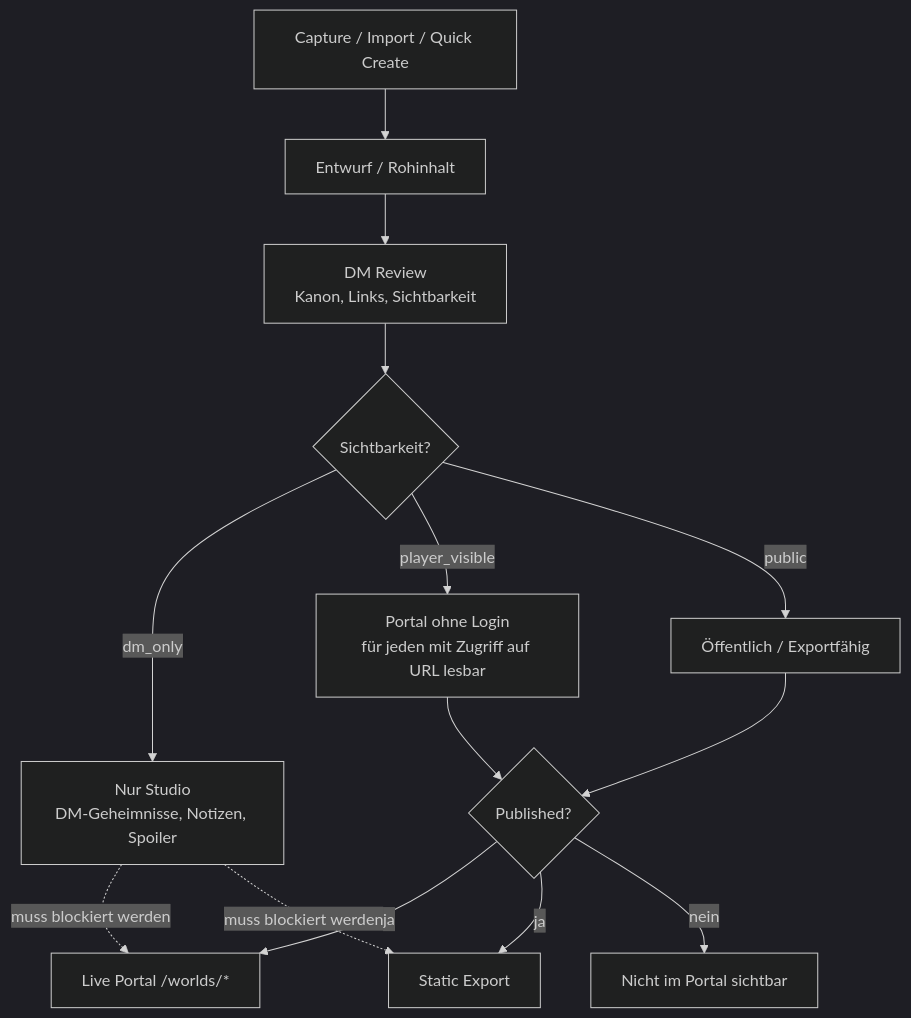
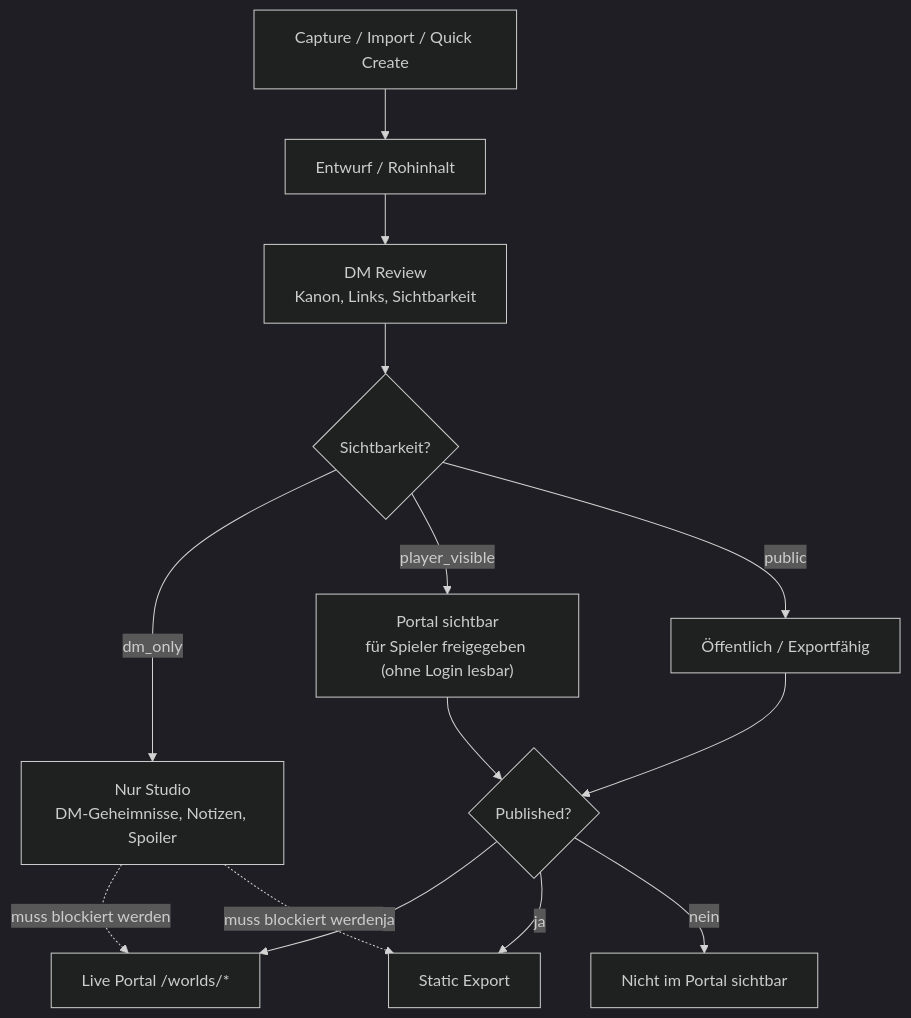
One commit to Nehmo101/UWE changed the third of 6 diagrams in docs/ARCHITECTURE.md. Above: the diagram before and after it, drawn with Mermaid (dark theme). The commit also changed 11 other files, not shown here.

````diff
--- a/docs/ARCHITECTURE.md
+++ b/docs/ARCHITECTURE.md
@@ -83,20 +83,20 @@
 ```mermaid
 flowchart TD
   Capture["Capture / Import / Quick Create"] --> Draft["Entwurf / Rohinhalt"]
   Draft --> Review["DM Review<br/>Kanon, Links, Sichtbarkeit"]
   Review --> Visibility{"Sichtbarkeit?"}
 
   Visibility -->|dm_only| DMOnly["Nur Studio<br/>DM-Geheimnisse, Notizen, Spoiler"]
-  Visibility -->|player_visible| PortalContent["Portal ohne Login<br/>für jeden mit Zugriff auf URL lesbar"]
+  Visibility -->|player_visible| PortalContent["Portal sichtbar<br/>für Spieler freigegeben (ohne Login lesbar)"]
   Visibility -->|public| PublicContent["Öffentlich / Exportfähig"]
 
   PortalContent --> Published{"Published?"}
   PublicContent --> Published
 
   Published -->|ja| Portal["Live Portal /worlds/*"]
   Published -->|ja| StaticExport["Static Export"]
   Published -->|nein| Hidden["Nicht im Portal sichtbar"]
 
   DMOnly -.->|muss blockiert werden| Portal
   DMOnly -.->|muss blockiert werden| StaticExport
 ```
````
